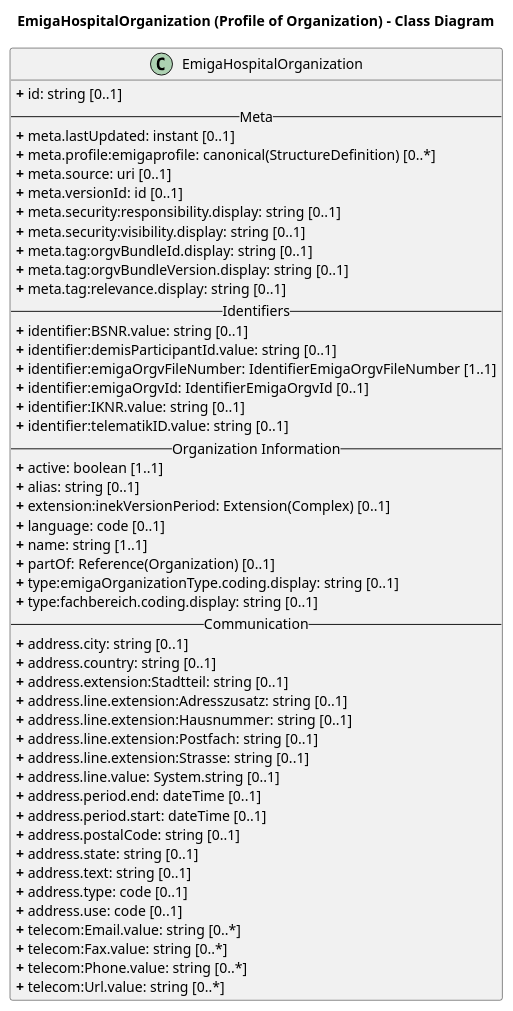
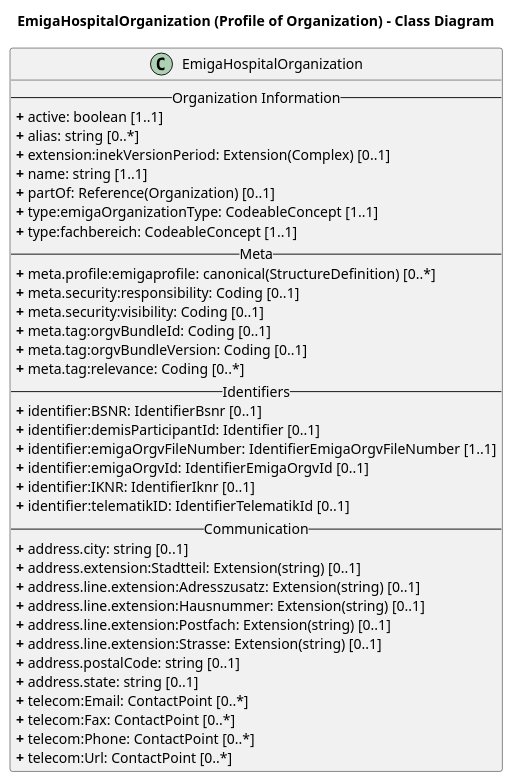
The diagram in rki.emiga.vzd/PlantUML/HospitalOrganization.puml (robert-koch-institut/rki.emiga.vzd), drawn with PlantUML before and after one commit. The commit also changed 1 other file, not shown here.

```diff
--- a/rki.emiga.vzd/PlantUML/HospitalOrganization.puml
+++ b/rki.emiga.vzd/PlantUML/HospitalOrganization.puml
@@ -1,62 +1,45 @@
 @startuml
+skinparam linetype ortho
+
 title EmigaHospitalOrganization (Profile of Organization) - Class Diagram
 
 ' Main Class
 class EmigaHospitalOrganization{
-<b>+</b> id: string [0..1]
-' TODO die anderen IDs lassen wir weg?
--- Meta --
-' TODO lassen wir extension weg?
-<b>+</b> meta.lastUpdated: instant [0..1] 
-<b>+</b> meta.profile:emigaprofile: canonical(StructureDefinition) [0..*]
-<b>+</b> meta.source: uri [0..1] 
-<b>+</b> meta.versionId: id [0..1] 
-' TODO security hat  0..*, visbility und security haben beide 0..1 -> was wollen wir anzeigen?
-<b>+</b> meta.security:responsibility.display: string [0..1]
-<b>+</b> meta.security:visibility.display: string [0..1]
-' TODO tag hat  0..*, relevance, orgvBundleId und orgvBundleVersion haben 0..1 -> was wollen wir anzeigen?
-<b>+</b> meta.tag:orgvBundleId.display: string [0..1] 
-<b>+</b> meta.tag:orgvBundleVersion.display: string [0..1] 
-<b>+</b> meta.tag:relevance.display: string [0..1] 
--- Identifiers --
-' TODO welche Kardinalitäten sind hier richtig? die von value oder die von dem übergeordneten Objekt?
-<b>+</b> identifier:BSNR.value: string [0..1] 
-<b>+</b> identifier:demisParticipantId.value: string [0..1] 
-<b>+</b> identifier:emigaOrgvFileNumber: IdentifierEmigaOrgvFileNumber [1..1] 
-<b>+</b> identifier:emigaOrgvId: IdentifierEmigaOrgvId [0..1] 
-<b>+</b> identifier:IKNR.value: string [0..1] 
-<b>+</b> identifier:telematikID.value: string [0..1] 
 -- Organization Information --
 <b>+</b> active: boolean [1..1]
-<b>+</b> alias: string [0..1]
+<b>+</b> alias: string [0..*]
 <b>+</b> extension:inekVersionPeriod: Extension(Complex) [0..1]
-<b>+</b> language: code [0..1] 
 <b>+</b> name: string [1..1]
 <b>+</b> partOf: Reference(Organization) [0..1]
-' TODO type hat  1..*, emigaOrganizationType.coding.display hat 0..1 -> was wollen wir anzeigen?
-<b>+</b> type:emigaOrganizationType.coding.display: string [0..1]
-<b>+</b> type:fachbereich.coding.display: string [0..1]
+<b>+</b> type:emigaOrganizationType: CodeableConcept [1..1]
+<b>+</b> type:fachbereich: CodeableConcept [1..1]
+-- Meta --
+<b>+</b> meta.profile:emigaprofile: canonical(StructureDefinition) [0..*]
+<b>+</b> meta.security:responsibility: Coding [0..1]
+<b>+</b> meta.security:visibility: Coding [0..1]
+<b>+</b> meta.tag:orgvBundleId: Coding [0..1]
+<b>+</b> meta.tag:orgvBundleVersion: Coding [0..1]
+<b>+</b> meta.tag:relevance: Coding [0..*]
+-- Identifiers --
+<b>+</b> identifier:BSNR: IdentifierBsnr [0..1] 
+<b>+</b> identifier:demisParticipantId: Identifier [0..1]
+<b>+</b> identifier:emigaOrgvFileNumber: IdentifierEmigaOrgvFileNumber [1..1]
+<b>+</b> identifier:emigaOrgvId: IdentifierEmigaOrgvId [0..1]
+<b>+</b> identifier:IKNR: IdentifierIknr [0..1]
+<b>+</b> identifier:telematikID: IdentifierTelematikId [0..1]
 -- Communication --
 <b>+</b> address.city: string [0..1]
-<b>+</b> address.country: string [0..1]
-<b>+</b> address.extension:Stadtteil: string [0..1]
-<b>+</b> address.line.extension:Adresszusatz: string [0..1]
-<b>+</b> address.line.extension:Hausnummer: string [0..1]
-<b>+</b> address.line.extension:Postfach: string [0..1]
-<b>+</b> address.line.extension:Strasse: string [0..1]
-<b>+</b> address.line.value: System.string [0..1]
-<b>+</b> address.period.end: dateTime [0..1]
-<b>+</b> address.period.start: dateTime [0..1]
+<b>+</b> address.extension:Stadtteil: Extension(string) [0..1]
+<b>+</b> address.line.extension:Adresszusatz: Extension(string) [0..1]
+<b>+</b> address.line.extension:Hausnummer: Extension(string) [0..1]
+<b>+</b> address.line.extension:Postfach: Extension(string) [0..1]
+<b>+</b> address.line.extension:Strasse: Extension(string) [0..1]
 <b>+</b> address.postalCode: string [0..1]
 <b>+</b> address.state: string [0..1]
-<b>+</b> address.text: string [0..1]
-<b>+</b> address.type: code [0..1]
-<b>+</b> address.use: code [0..1]
-' TODO welche Kardinalitäten sind korrekt?
-<b>+</b> telecom:Email.value: string [0..*]
-<b>+</b> telecom:Fax.value: string [0..*]
-<b>+</b> telecom:Phone.value: string [0..*]
-<b>+</b> telecom:Url.value: string [0..*]
+<b>+</b> telecom:Email: ContactPoint [0..*]
+<b>+</b> telecom:Fax: ContactPoint [0..*]
+<b>+</b> telecom:Phone: ContactPoint [0..*]
+<b>+</b> telecom:Url: ContactPoint [0..*]
 }
 
 @enduml
```
